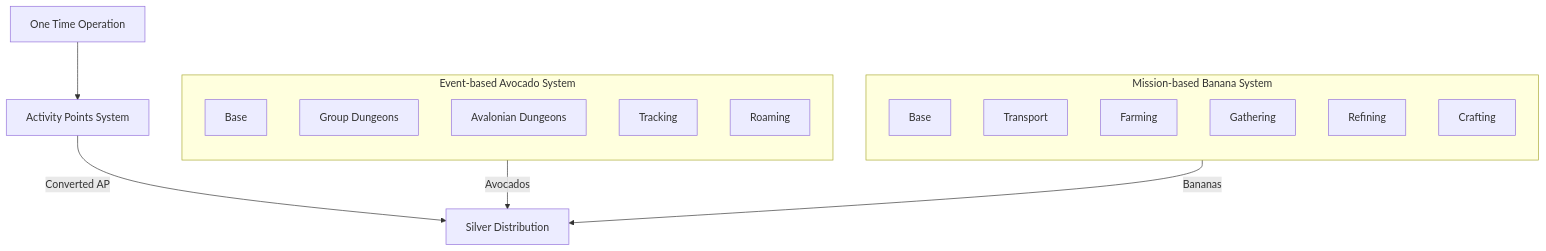
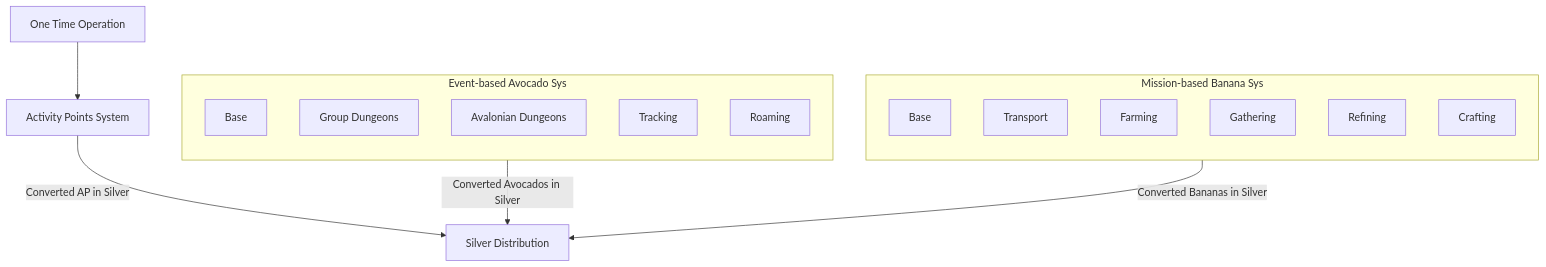
The diagram in new_point_system_proposal_option_b.md (ctse2k1/sfl-public-projects), drawn with Mermaid before and after one commit. The commit also changed other lines of this file, not shown here.

Commit message:
Update new_point_system_proposal_option_b.md
Minor updates in wording

````diff
--- a/new_point_system_proposal_option_b.md
+++ b/new_point_system_proposal_option_b.md
@@ -33,29 +33,29 @@
 ```mermaid
 flowchart TD
-    subgraph AvocadoSystem["Event-based Avocado System"]
+    subgraph AvocadoSystem["Event-based Avocado Sys"]
         direction TB
         A_Base[Base]
         A_Group[Group Dungeons]
         A_Avalon[Avalonian Dungeons]
         A_Track[Tracking]
         A_Roam[Roaming]
     end
 
-    subgraph BananaSystem["Mission-based Banana System"]
+    subgraph BananaSystem["Mission-based Banana Sys"]
         direction TB
         B_Base[Base]
         B_Transport[Transport]
         B_Farm[Farming]
         B_Gather[Gathering]
         B_Refine[Refining]
         B_Craft[Crafting]
     end
 
-    AvocadoSystem -->|Avocados| Silver[Silver Distribution]
-    BananaSystem -->|Bananas| Silver
-    AP[Activity Points System] -->|Converted AP| Silver
+    AvocadoSystem -->|Converted Avocados in Silver| Silver[Silver Distribution]
+    BananaSystem -->|Converted Bananas in Silver| Silver
+    AP[Activity Points System] -->|Converted AP in Silver| Silver
     Admin[One Time Operation] --> AP
 
     classDef avocado fill:#e3f9d2,stroke:#333
     classDef banana fill:#fde2e2,stroke:#333
 ```
````
